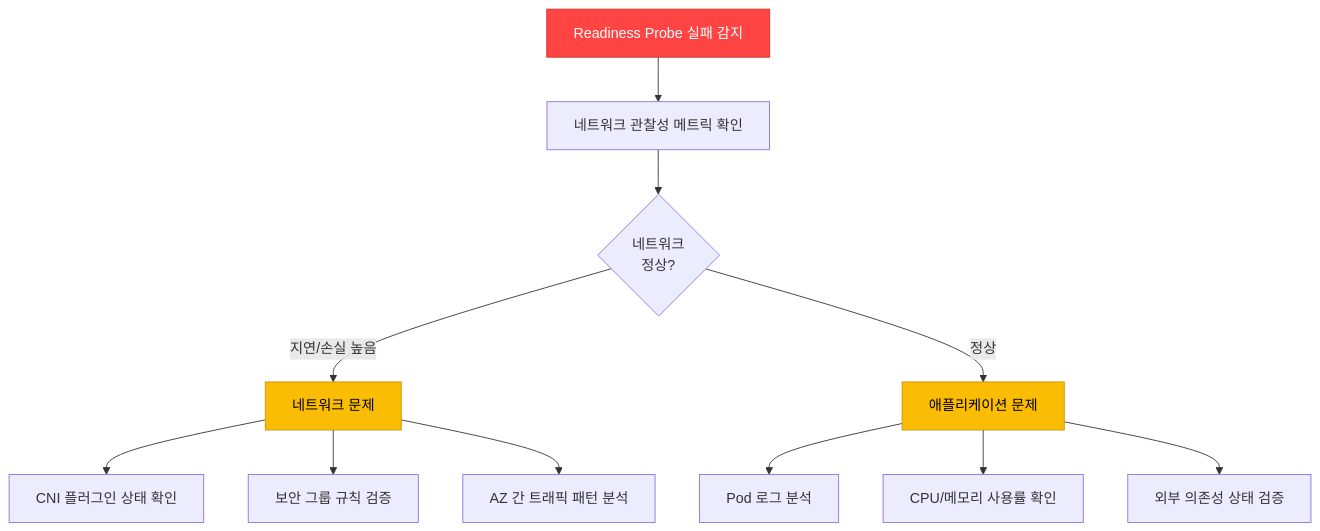
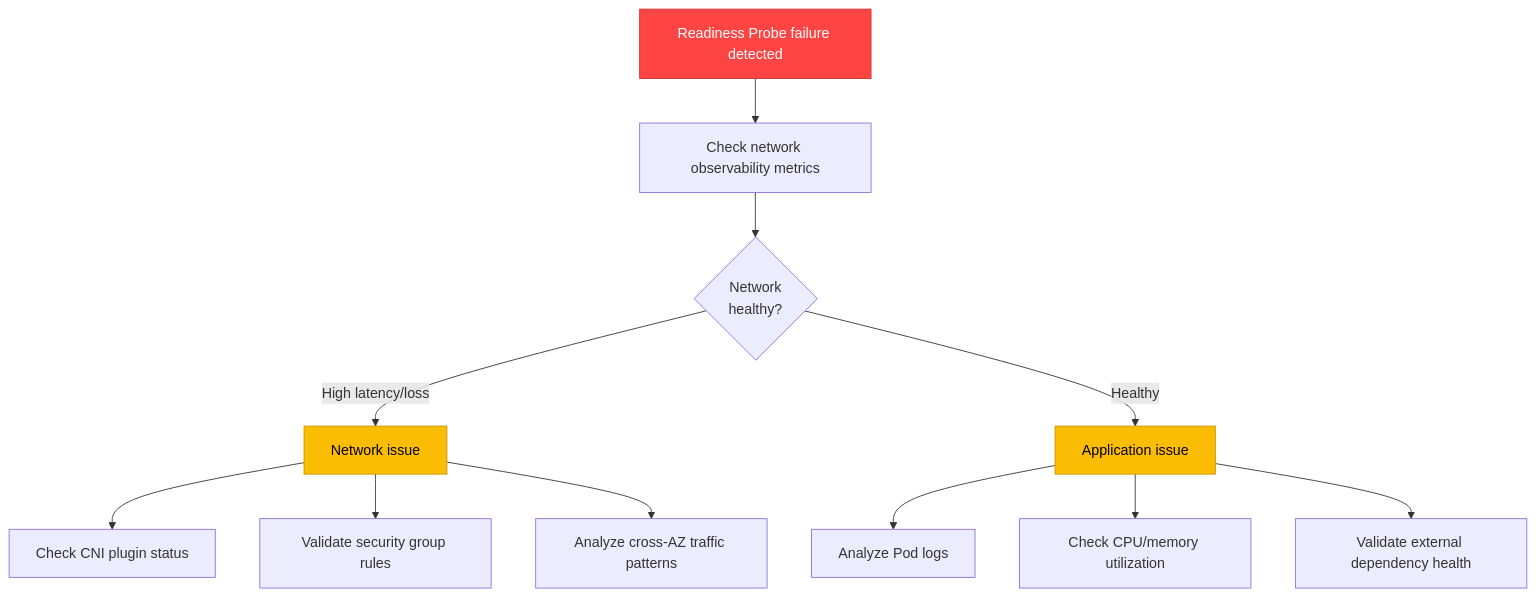
The first of 3 diagrams in docs/eks-best-practices/operations-reliability/pod-lifecycle/probe-eks-features.md (devfloor9/engineering-playbook), drawn with Mermaid before and after one commit. The commit also changed other lines of this file and 954 other files, not shown here.

````diff
--- a/docs/eks-best-practices/operations-reliability/pod-lifecycle/probe-eks-features.md
+++ b/docs/eks-best-practices/operations-reliability/pod-lifecycle/probe-eks-features.md
@@ -140,20 +140,20 @@
 ```mermaid
 flowchart TD
-    PROBE_FAIL[Readiness Probe 실패 감지]
-    PROBE_FAIL --> CHECK_NET[네트워크 관찰성 메트릭 확인]
-    CHECK_NET --> NET_OK{네트워크<br/>정상?}
+    PROBE_FAIL[Readiness Probe failure detected]
+    PROBE_FAIL --> CHECK_NET[Check network observability metrics]
+    CHECK_NET --> NET_OK{Network<br/>healthy?}
 
-    NET_OK -->|지연/손실 높음| NET_ISSUE[네트워크 문제]
-    NET_ISSUE --> CHECK_CNI[CNI 플러그인 상태 확인]
-    NET_ISSUE --> CHECK_SG[보안 그룹 규칙 검증]
-    NET_ISSUE --> CHECK_AZ[AZ 간 트래픽 패턴 분석]
+    NET_OK -->|High latency/loss| NET_ISSUE[Network issue]
+    NET_ISSUE --> CHECK_CNI[Check CNI plugin status]
+    NET_ISSUE --> CHECK_SG[Validate security group rules]
+    NET_ISSUE --> CHECK_AZ[Analyze cross-AZ traffic patterns]
 
-    NET_OK -->|정상| APP_ISSUE[애플리케이션 문제]
-    APP_ISSUE --> CHECK_LOGS[Pod 로그 분석]
-    APP_ISSUE --> CHECK_METRICS[CPU/메모리 사용률 확인]
-    APP_ISSUE --> CHECK_DEPS[외부 의존성 상태 검증]
+    NET_OK -->|Healthy| APP_ISSUE[Application issue]
+    APP_ISSUE --> CHECK_LOGS[Analyze Pod logs]
+    APP_ISSUE --> CHECK_METRICS[Check CPU/memory utilization]
+    APP_ISSUE --> CHECK_DEPS[Validate external dependency health]
 
     style PROBE_FAIL fill:#ff4444,stroke:#cc3636,color:#fff
     style NET_ISSUE fill:#fbbc04,stroke:#c99603,color:#000
     style APP_ISSUE fill:#fbbc04,stroke:#c99603,color:#000
 ```
````
